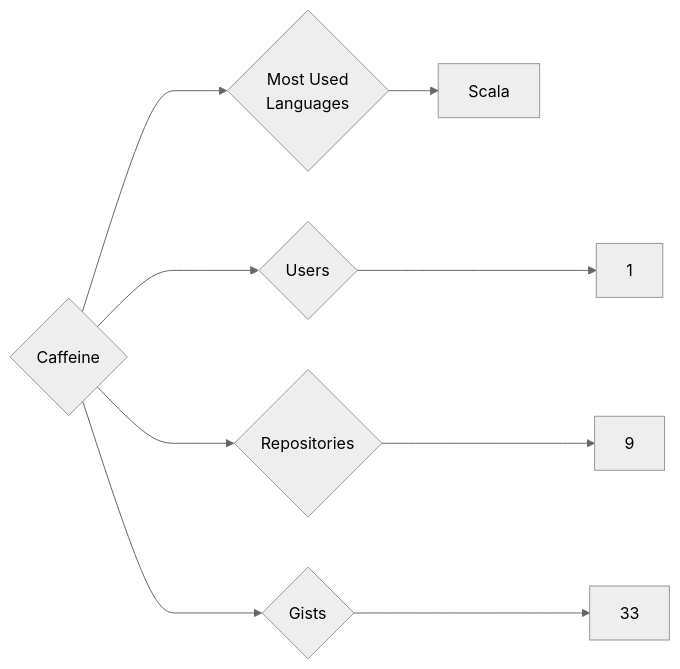
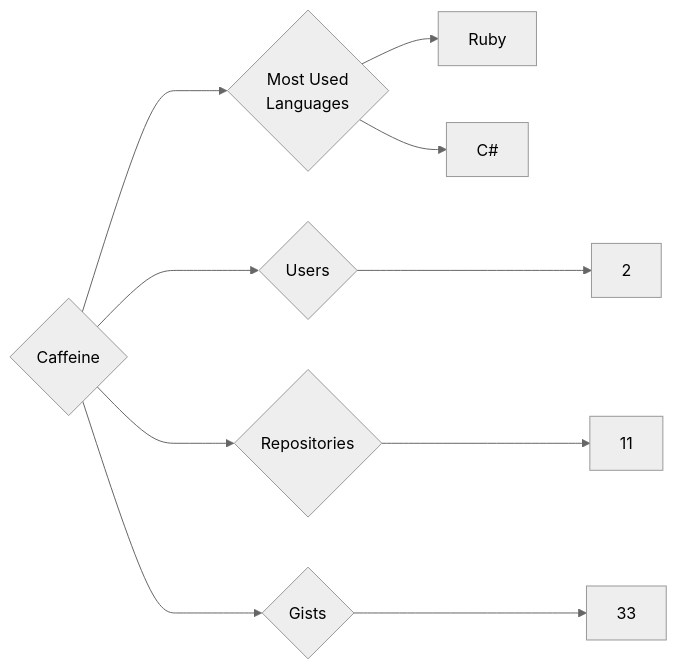
One commit to trickest/insiders changed the diagram in targets/Caffeine/README.md. Above: the diagram before and after it, drawn with Mermaid (neutral theme). The commit also changed 1036 other files, not shown here.

````diff
--- a/targets/Caffeine/README.md
+++ b/targets/Caffeine/README.md
@@ -3,9 +3,10 @@
 ```mermaid
 graph LR
 COMPANY_NAME{Caffeine}
-COMPANY_NAME ---> U{Users} ---> UN[1]
-COMPANY_NAME ---> R{Repositories} ---> RN[9]
+COMPANY_NAME ---> U{Users} ---> UN[2]
+COMPANY_NAME ---> R{Repositories} ---> RN[11]
 COMPANY_NAME ---> G{Gists} ---> GN[33]
 COMPANY_NAME ---> ML{Most Used<br>Languages}
-ML --> Scala[Scala]
+ML --> Ruby[Ruby]
+ML --> C#[C#]
 ```
````
